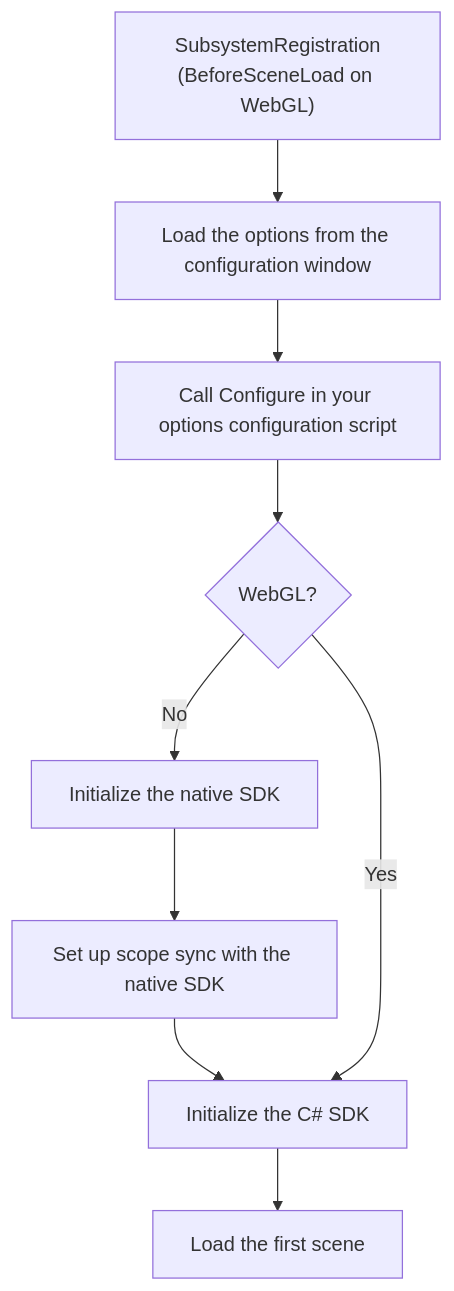
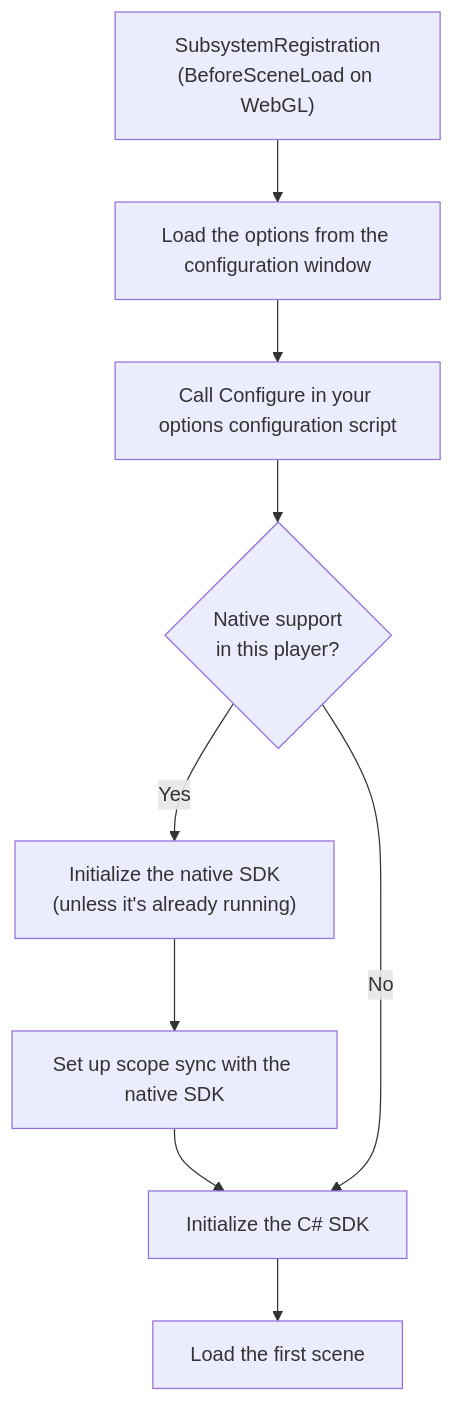
One commit to getsentry/sentry-docs changed the diagram in docs/platforms/unity/configuration/options/programmatic-configuration/index.mdx. Above: the diagram before and after it, drawn with Mermaid. The commit also changed other lines of this file and 2 other files, not shown here.

Commit message:
docs(unity): Address review of the undocumented options

````diff
--- a/docs/platforms/unity/configuration/options/programmatic-configuration/index.mdx
+++ b/docs/platforms/unity/configuration/options/programmatic-configuration/index.mdx
@@ -21,11 +21,11 @@
 ```mermaid
 flowchart TD
     Start["SubsystemRegistration<br/>(BeforeSceneLoad on WebGL)"] --> Load[Load the options from the configuration window]
     Load --> Configure["Call Configure in your options configuration script"]
-    Configure --> WebGL{WebGL?}
-    WebGL -- No --> Native[Initialize the native SDK]
+    Configure --> HasNative{"Native support<br/>in this player?"}
+    HasNative -- Yes --> Native["Initialize the native SDK<br/>(unless it's already running)"]
     Native --> Sync[Set up scope sync with the native SDK]
     Sync --> CSharp[Initialize the C# SDK]
-    WebGL -- Yes --> CSharp
+    HasNative -- No --> CSharp
     CSharp --> Game[Load the first scene]
 ```
````
